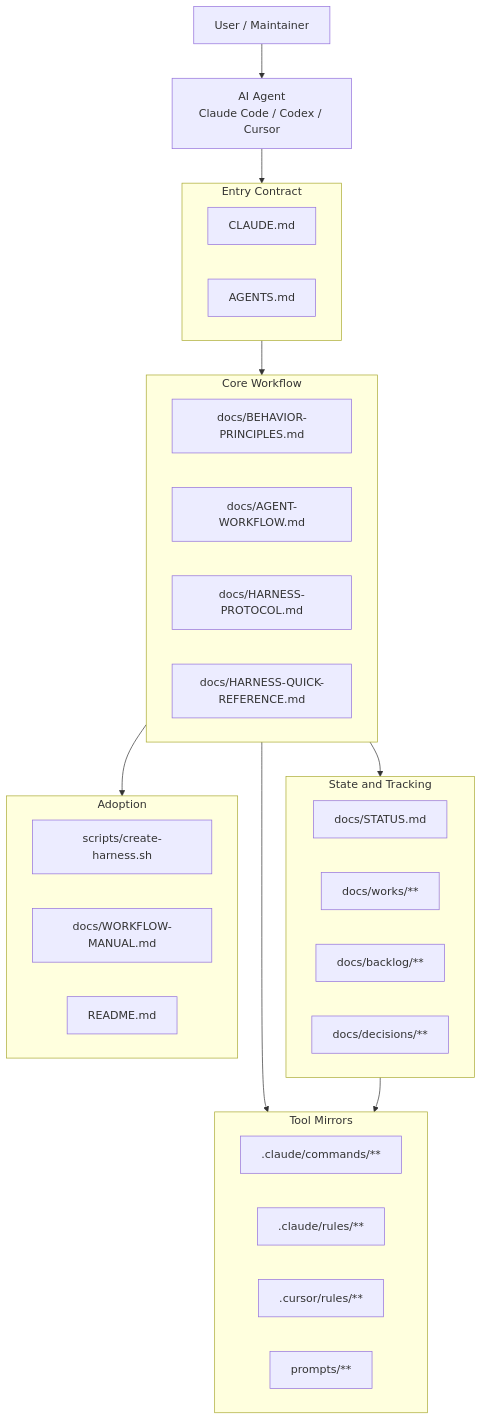
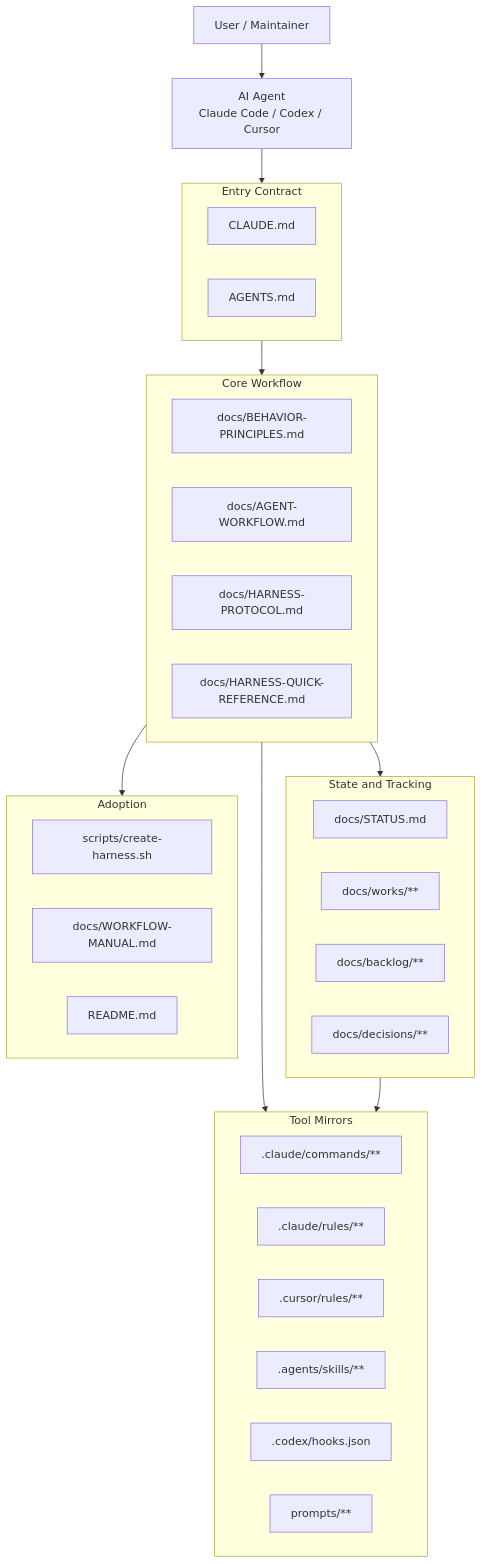
One commit to kyungseo/ai-workflow-harness changed the first of 5 diagrams in docs/HARNESS-STRUCTURE.md. Above: the diagram before and after it, drawn with Mermaid. The commit also changed 4 other files, not shown here.

First line of the commit message:
docs: HRN-026 cascade — .agents/.codex 경로 user-facing 문서 반영

````diff
--- a/docs/HARNESS-STRUCTURE.md
+++ b/docs/HARNESS-STRUCTURE.md
@@ -10,45 +10,47 @@
 ```mermaid
 graph TB
     USER["User / Maintainer"]
     AGENT["AI Agent\nClaude Code / Codex / Cursor"]
 
     subgraph ENTRY["Entry Contract"]
         CLAUDE["CLAUDE.md"]
         AGENTS["AGENTS.md"]
     end
 
     subgraph CORE["Core Workflow"]
         BP["docs/BEHAVIOR-PRINCIPLES.md"]
         AW["docs/AGENT-WORKFLOW.md"]
         HP["docs/HARNESS-PROTOCOL.md"]
         QR["docs/HARNESS-QUICK-REFERENCE.md"]
     end
 
     subgraph STATE["State and Tracking"]
         STATUS["docs/STATUS.md"]
         WORKS["docs/works/**"]
         BACKLOG["docs/backlog/**"]
         DR["docs/decisions/**"]
     end
 
     subgraph TOOLS["Tool Mirrors"]
         COMMANDS[".claude/commands/**"]
         CRULES[".claude/rules/**"]
         CURSOR[".cursor/rules/**"]
+        SKILLS[".agents/skills/**"]
+        HOOKS[".codex/hooks.json"]
         PROMPTS["prompts/**"]
     end
 
     subgraph ADOPT["Adoption"]
         SCRIPT["scripts/create-harness.sh"]
         MANUAL["docs/WORKFLOW-MANUAL.md"]
         README["README.md"]
     end
 
     USER --> AGENT
     AGENT --> ENTRY
     ENTRY --> CORE
     CORE --> STATE
     CORE --> TOOLS
     STATE --> TOOLS
     CORE --> ADOPT
 ```
````
